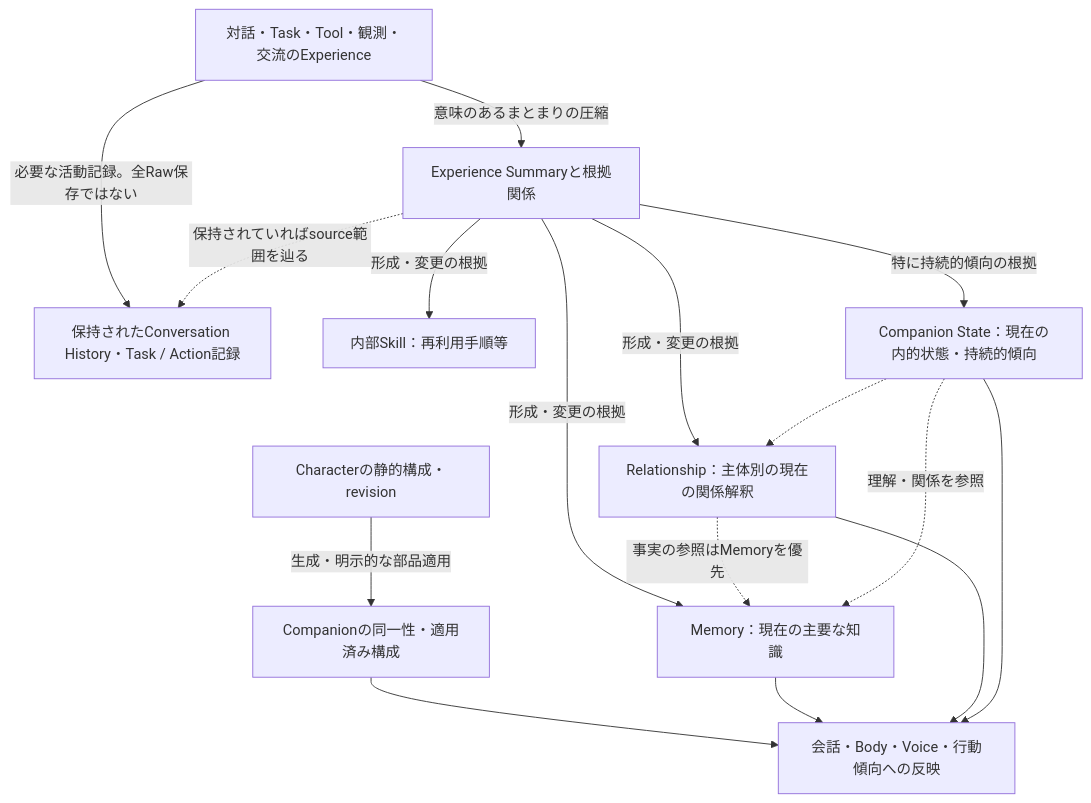
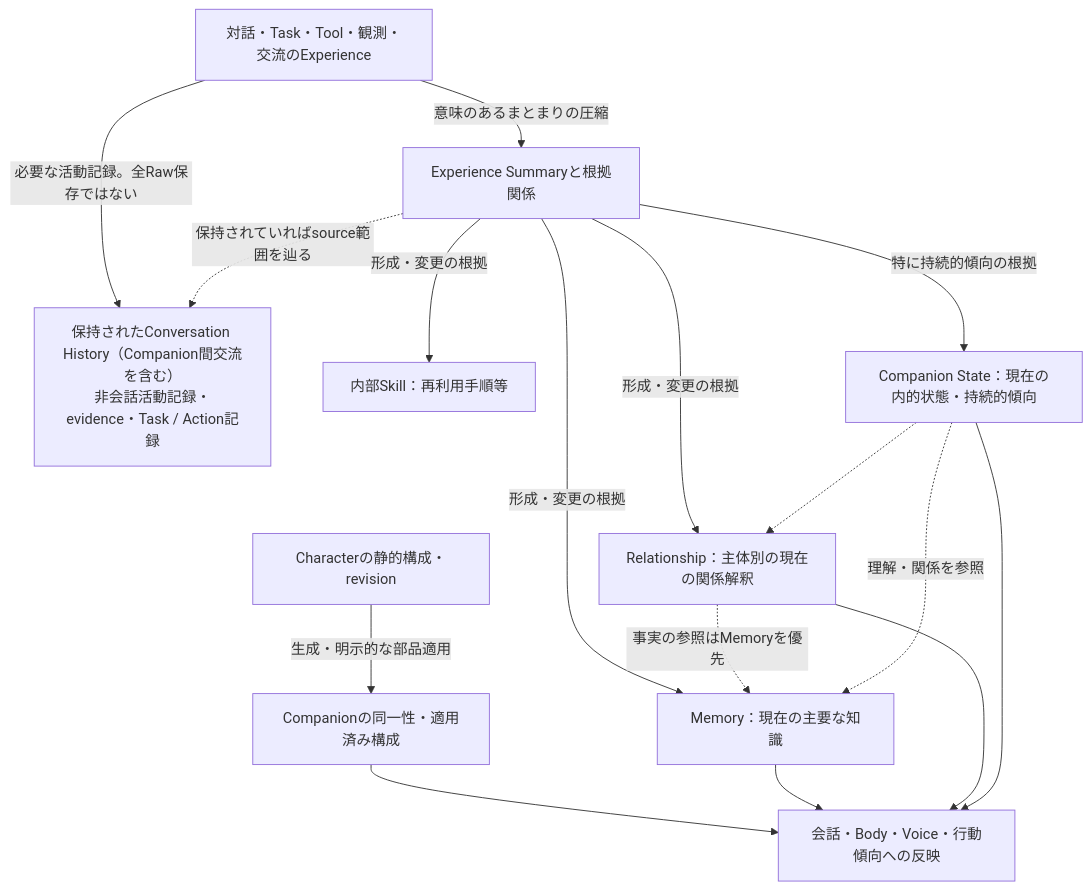
One commit to pexisgle/ene changed the diagram in docs/design/state-ownership.md. Above: the diagram before and after it, drawn with Mermaid. The commit also changed other lines of this file and 8 other files, not shown here.

First line of the commit message:
docs: resolve RI-01/RI-02 and F-01/F-02/F-03 from architecture review 1

````diff
--- a/docs/design/state-ownership.md
+++ b/docs/design/state-ownership.md
@@ -46,28 +46,28 @@
 ```mermaid
 flowchart TB
     character["Characterの静的構成・revision"]
     companion["Companionの同一性・適用済み構成"]
     experience["対話・Task・Tool・観測・交流のExperience"]
-    records["保持されたConversation History・Task / Action記録"]
+    records["保持されたConversation History（Companion間交流を含む）<br/>非会話活動記録・evidence・Task / Action記録"]
     summary["Experience Summaryと根拠関係"]
     memory["Memory：現在の主要な知識"]
     skill["内部Skill：再利用手順等"]
     relation["Relationship：主体別の現在の関係解釈"]
     state["Companion State：現在の内的状態・持続的傾向"]
     output["会話・Body・Voice・行動傾向への反映"]
     character -->|"生成・明示的な部品適用"| companion
     experience -->|"必要な活動記録。全Raw保存ではない"| records
     experience -->|"意味のあるまとまりの圧縮"| summary
     summary -.->|"保持されていればsource範囲を辿る"| records
     summary -->|"形成・変更の根拠"| memory
     summary -->|"形成・変更の根拠"| skill
     summary -->|"形成・変更の根拠"| relation
     summary -->|"特に持続的傾向の根拠"| state
     relation -.->|"事実の参照はMemoryを優先"| memory
     state -.->|"理解・関係を参照"| memory
     state -.-> relation
     companion --> output
     memory --> output
     relation --> output
     state --> output
 ```
````
